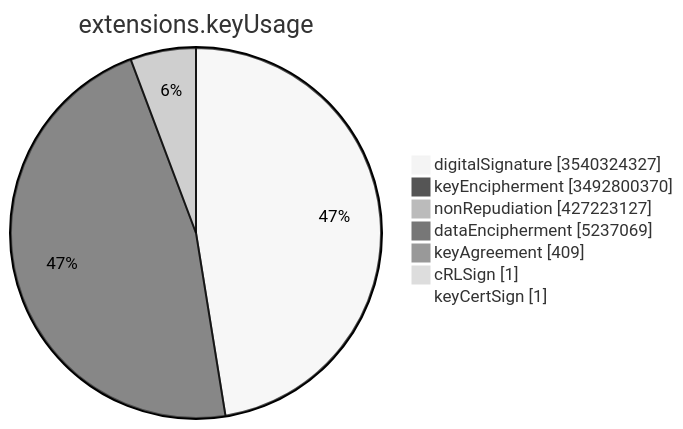
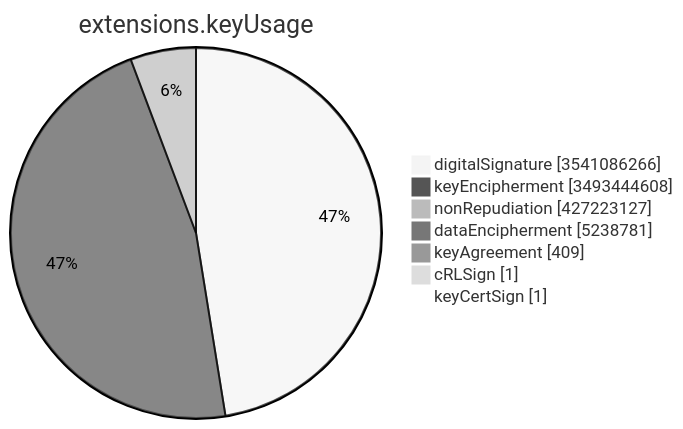
One commit to christiankrug/ctmonitor_visualization changed the sixth of 15 diagrams in TOTAL/README.md. Above: the diagram before and after it, drawn with Mermaid (neutral theme). The commit also changed other lines of this file, not shown here.

````diff
--- a/TOTAL/README.md
+++ b/TOTAL/README.md
@@ -3083,11 +3083,11 @@
 ```mermaid
 pie showData
 title extensions.keyUsage
-"digitalSignature" :3540324327
-"keyEncipherment" :3492800370
+"digitalSignature" :3541086266
+"keyEncipherment" :3493444608
 "nonRepudiation" :427223127
-"dataEncipherment" :5237069
+"dataEncipherment" :5238781
 "keyAgreement" :409
 "cRLSign" :1
 "keyCertSign" :1
 ```
````
